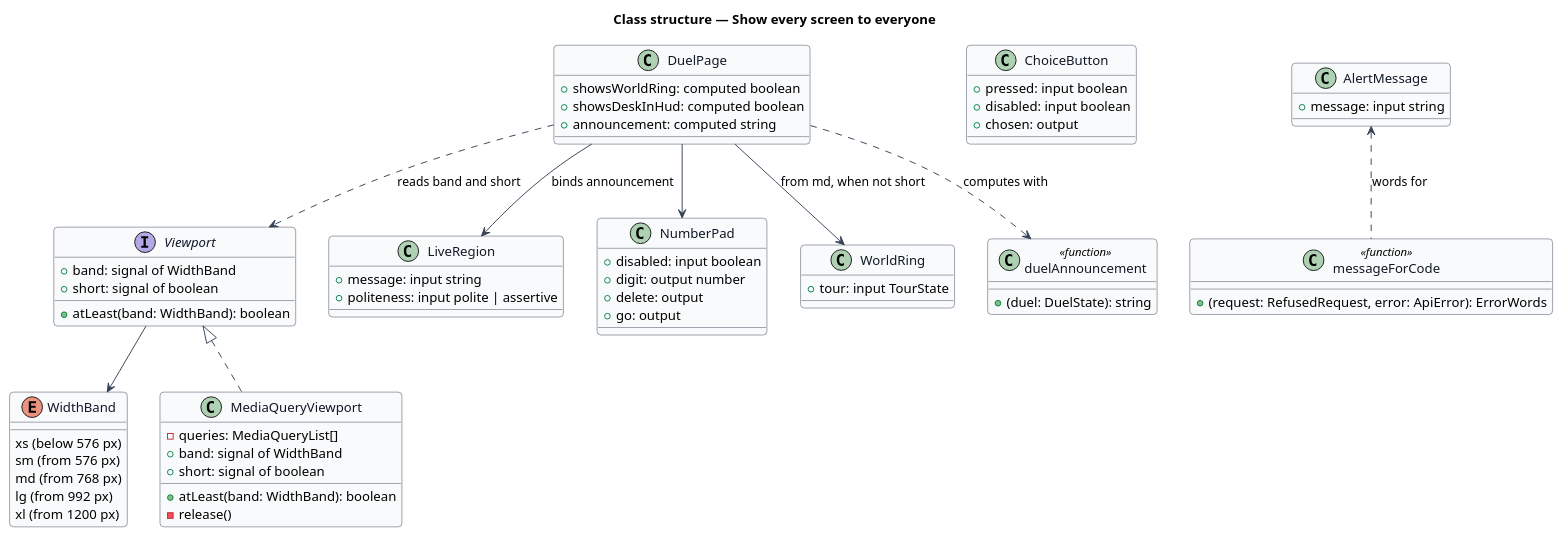
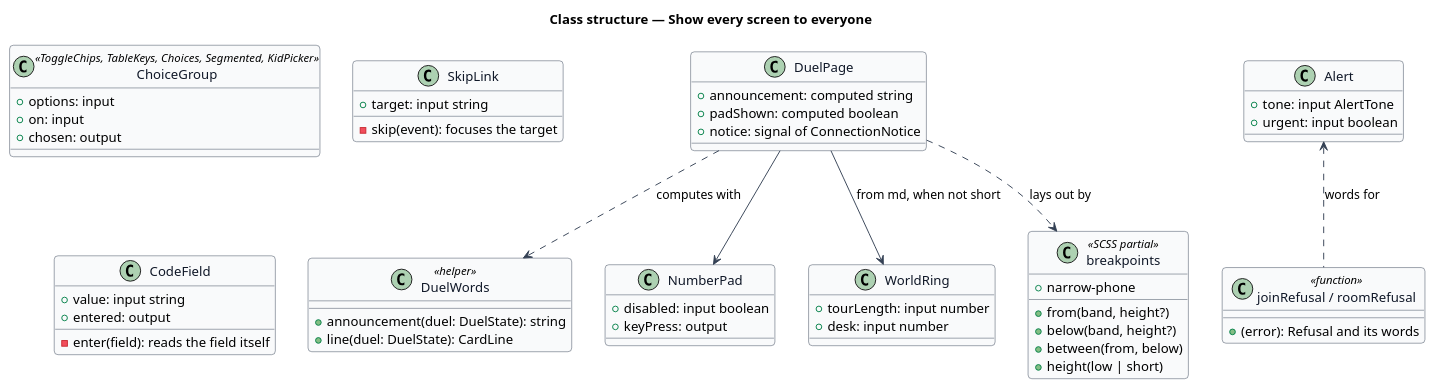
One commit to QuinntyneBrown/around-the-world changed the diagram in docs/detailed-designs/platform/show-every-screen-to-everyone/diagrams/class-structure.puml. Above: the diagram before and after it, drawn with PlantUML. The commit also changed 34 other files, not shown here.

```diff
--- a/docs/detailed-designs/platform/show-every-screen-to-everyone/diagrams/class-structure.puml
+++ b/docs/detailed-designs/platform/show-every-screen-to-everyone/diagrams/class-structure.puml
@@ -1,73 +1,64 @@
 @startuml
 skinparam backgroundColor #FFFFFF
 skinparam shadowing false
 skinparam roundcorner 8
 skinparam defaultFontName Arial
 skinparam ArrowColor #344054
 skinparam class {
   BorderColor #344054
   FontColor #101828
   BackgroundColor #F9FAFB
 }
 title Class structure — Show every screen to everyone
 
-enum WidthBand {
-  xs (below 576 px)
-  sm (from 576 px)
-  md (from 768 px)
-  lg (from 992 px)
-  xl (from 1200 px)
+class DuelPage {
+  +announcement: computed string
+  +padShown: computed boolean
+  +notice: signal of ConnectionNotice
 }
-interface Viewport {
-  +band: signal of WidthBand
-  +short: signal of boolean
-  +atLeast(band: WidthBand): boolean
+class "DuelWords" as DuelWords <<helper>> {
+  +announcement(duel: DuelState): string
+  +line(duel: DuelState): CardLine
 }
-class MediaQueryViewport {
-  -queries: MediaQueryList[]
-  +band: signal of WidthBand
-  +short: signal of boolean
-  +atLeast(band: WidthBand): boolean
-  -release()
-}
-class DuelPage {
-  +showsWorldRing: computed boolean
-  +showsDeskInHud: computed boolean
-  +announcement: computed string
-}
-class ChoiceButton {
-  +pressed: input boolean
-  +disabled: input boolean
+class "ChoiceGroup" as ChoiceGroup <<ToggleChips, TableKeys, Choices, Segmented, KidPicker>> {
+  +options: input
+  +on: input
   +chosen: output
 }
-class LiveRegion {
-  +message: input string
-  +politeness: input polite | assertive
+class Alert {
+  +tone: input AlertTone
+  +urgent: input boolean
 }
-class AlertMessage {
-  +message: input string
+class SkipLink {
+  +target: input string
+  -skip(event): focuses the target
+}
+class CodeField {
+  +value: input string
+  +entered: output
+  -enter(field): reads the field itself
 }
 class NumberPad {
   +disabled: input boolean
-  +digit: output number
-  +delete: output
-  +go: output
+  +keyPress: output
 }
 class WorldRing {
-  +tour: input TourState
+  +tourLength: input number
+  +desk: input number
 }
-class "messageForCode" as messageForCode <<function>> {
-  +(request: RefusedRequest, error: ApiError): ErrorWords
+class "joinRefusal / roomRefusal" as refusal <<function>> {
+  +(error): Refusal and its words
 }
-class "duelAnnouncement" as duelAnnouncement <<function>> {
-  +(duel: DuelState): string
+class "breakpoints" as bp <<SCSS partial>> {
+  +from(band, height?)
+  +below(band, height?)
+  +between(from, below)
+  +height(low | short)
+  +narrow-phone
 }
-Viewport <|.. MediaQueryViewport
-Viewport --> WidthBand
-DuelPage ..> Viewport : reads band and short
-DuelPage ..> duelAnnouncement : computes with
-DuelPage --> LiveRegion : binds announcement
+DuelPage ..> DuelWords : computes with
 DuelPage --> NumberPad
 DuelPage --> WorldRing : from md, when not short
-AlertMessage <.. messageForCode : words for
+DuelPage ..> bp : lays out by
+Alert <.. refusal : words for
 @enduml
```
